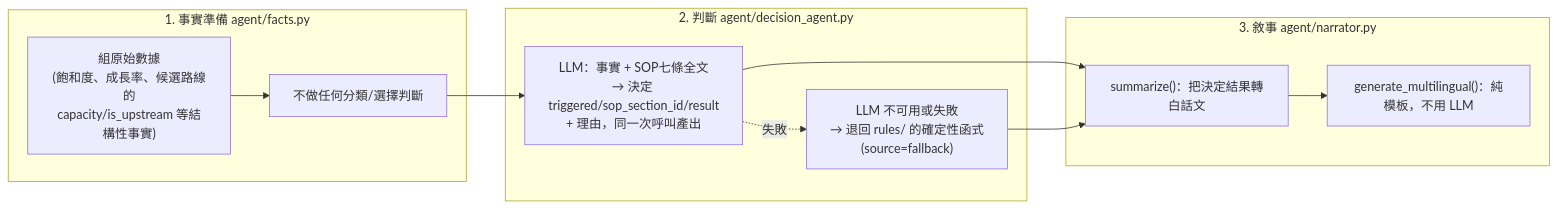
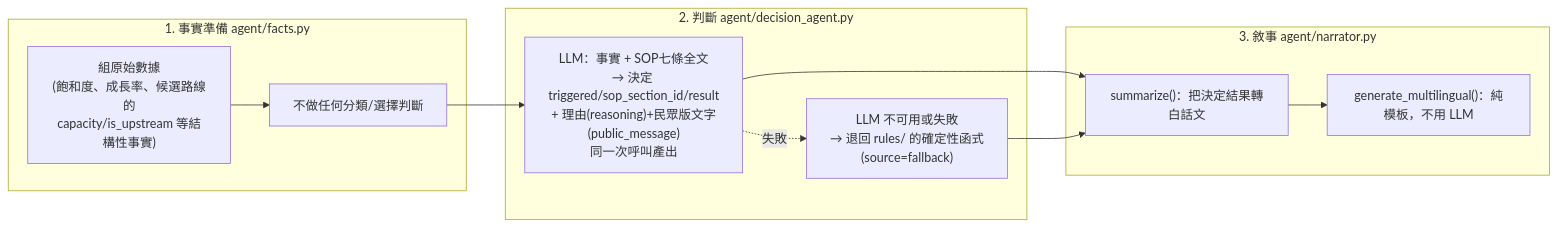
The second of 6 diagrams in backend/PIPELINES.md (yenyu3/ai-city-commander), drawn with Mermaid before and after one commit. The commit also changed other lines of this file and 12 other files, not shown here.

````diff
--- a/backend/PIPELINES.md
+++ b/backend/PIPELINES.md
@@ -73,20 +73,20 @@
 ```mermaid
 flowchart LR
     subgraph "1. 事實準備 agent/facts.py"
         F1["組原始數據<br/>(飽和度、成長率、候選路線的<br/>capacity/is_upstream 等結構性事實)"]
         F2["不做任何分類/選擇判斷"]
     end
     subgraph "2. 判斷 agent/decision_agent.py"
-        D1["LLM：事實 + SOP七條全文<br/>→ 決定 triggered/sop_section_id/result<br/>+ 理由，同一次呼叫產出"]
+        D1["LLM：事實 + SOP七條全文<br/>→ 決定 triggered/sop_section_id/result<br/>+ 理由(reasoning)+民眾版文字(public_message)<br/>同一次呼叫產出"]
         D2["LLM 不可用或失敗<br/>→ 退回 rules/ 的確定性函式<br/>(source=fallback)"]
     end
     subgraph "3. 敘事 agent/narrator.py"
         N1["summarize()：把決定結果轉白話文"]
         N2["generate_multilingual()：純模板，不用 LLM"]
     end
     F1 --> F2 --> D1
     D1 -.失敗.-> D2
     D1 --> N1
     D2 --> N1
     N1 --> N2
 ```
````
